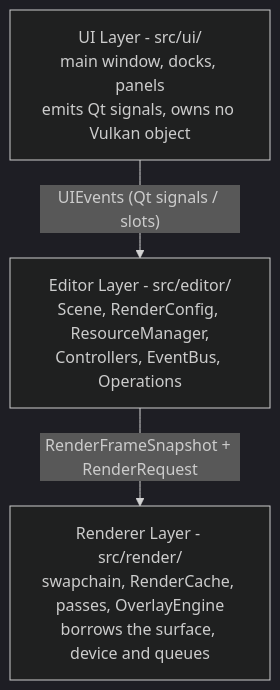
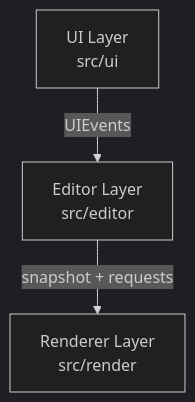
Before and after one commit to XDzZyq/Neurus: the first of 5 diagrams in docs/architecture/overview.md, drawn with Mermaid (dark theme). The commit also changed other lines of this file and 14 other files, not shown here.

First line of the commit message:
docs(diagrams): cut node labels to two short lines

````diff
--- a/docs/architecture/overview.md
+++ b/docs/architecture/overview.md
@@ -23,9 +23,9 @@
 ```mermaid
 flowchart TD
-    ui["UI Layer - src/ui/<br/>main window, docks, panels<br/>emits Qt signals, owns no Vulkan object"]
-    editor["Editor Layer - src/editor/<br/>Scene, RenderConfig, ResourceManager,<br/>Controllers, EventBus, Operations"]
-    renderer["Renderer Layer - src/render/<br/>swapchain, RenderCache, passes, OverlayEngine<br/>borrows the surface, device and queues"]
+    ui["UI Layer<br/>src/ui"]
+    editor["Editor Layer<br/>src/editor"]
+    renderer["Renderer Layer<br/>src/render"]
 
-    ui -->|"UIEvents (Qt signals / slots)"| editor
-    editor -->|"RenderFrameSnapshot + RenderRequest"| renderer
+    ui -->|"UIEvents"| editor
+    editor -->|"snapshot + requests"| renderer
 ```
````
